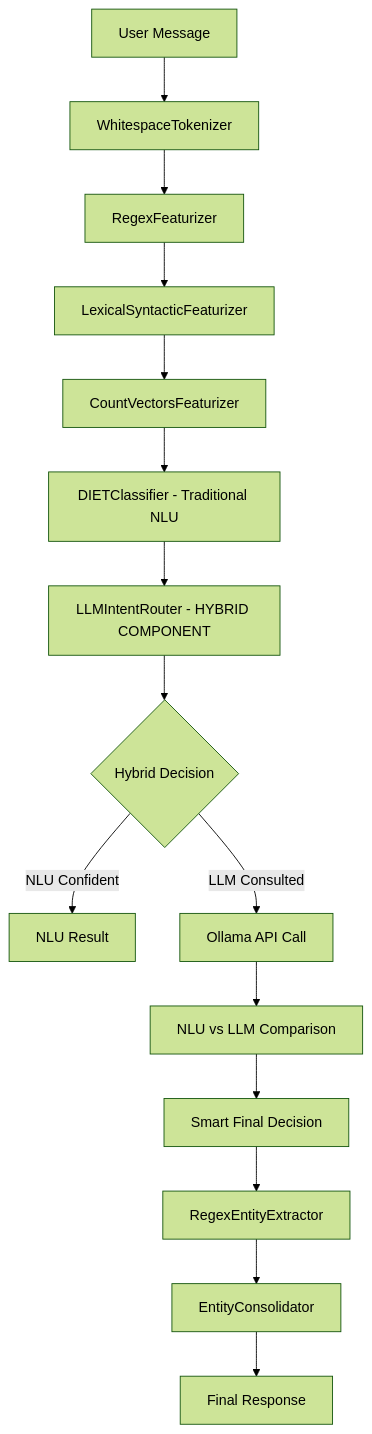
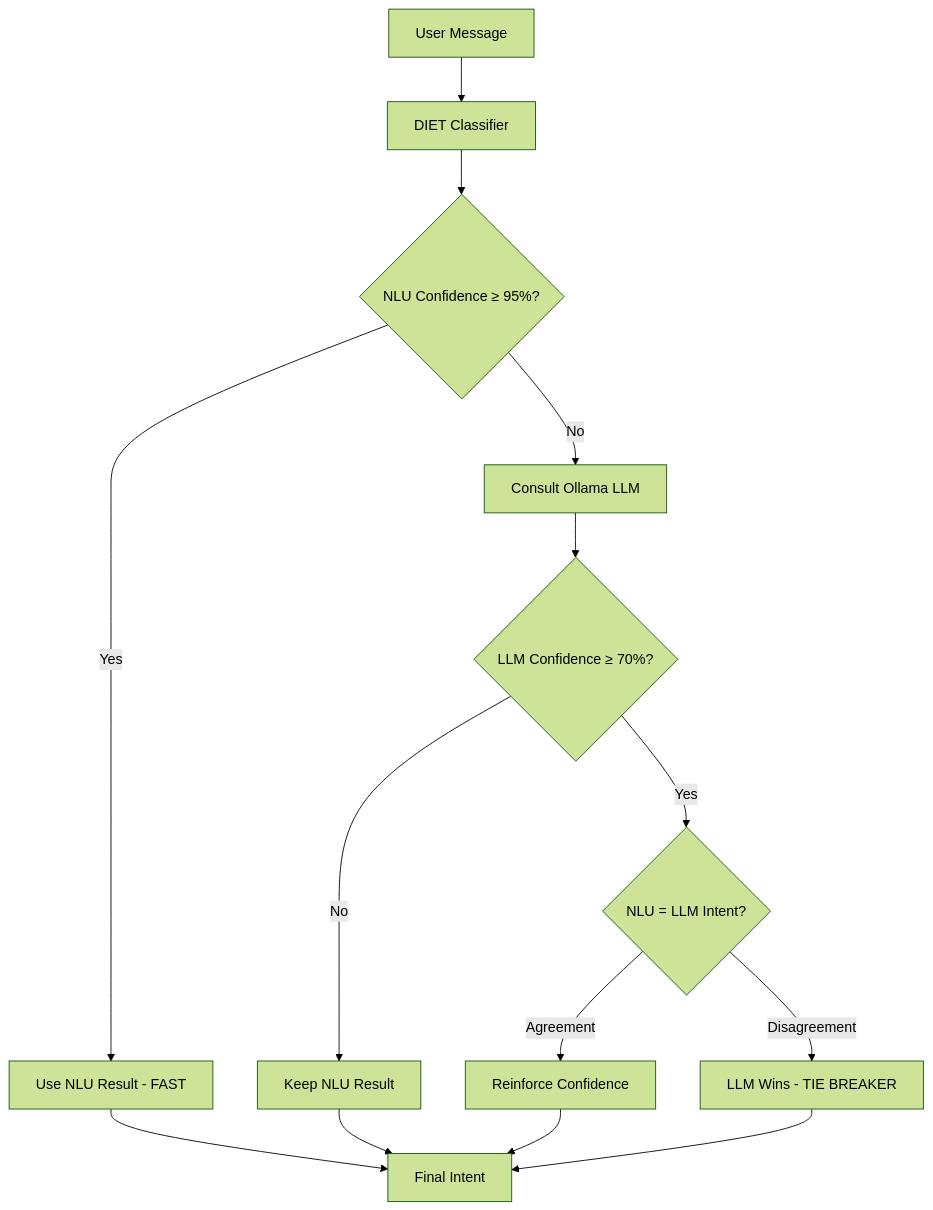
The diagram in README.md (Mathieu-Collin/Rasa), drawn with Mermaid (forest theme) before and after one commit. The commit also changed other lines of this file and 5 other files, not shown here.

````diff
--- a/README.md
+++ b/README.md
@@ -47,17 +78,16 @@
 ```mermaid
 graph TD
-    A[User Message] --> B[WhitespaceTokenizer]
-    B --> C[RegexFeaturizer]
-    C --> D[LexicalSyntacticFeaturizer] 
-    D --> E[CountVectorsFeaturizer]
-    E --> F[DIETClassifier - Traditional NLU]
-    F --> G[LLMIntentRouter - HYBRID COMPONENT]
-    G --> H{Hybrid Decision}
-    H -->|NLU Confident| I[NLU Result]
-    H -->|LLM Consulted| J[Ollama API Call]
-    J --> K[NLU vs LLM Comparison]
-    K --> L[Smart Final Decision]
-    L --> M[RegexEntityExtractor]
-    M --> N[EntityConsolidator]
-    N --> O[Final Response]
+    A[User Message] --> B[DIET Classifier]
+    B --> C{NLU Confidence ≥ 95%?}
+    C -->|Yes| D[Use NLU Result - FAST]
+    C -->|No| E[Consult Ollama LLM]
+    E --> F{LLM Confidence ≥ 70%?}
+    F -->|Yes| G{NLU = LLM Intent?}
+    F -->|No| H[Keep NLU Result]
+    G -->|Agreement| I[Reinforce Confidence]
+    G -->|Disagreement| J[LLM Wins - TIE BREAKER]
+    D --> K[Final Intent]
+    H --> K
+    I --> K
+    J --> K
 ```
````
